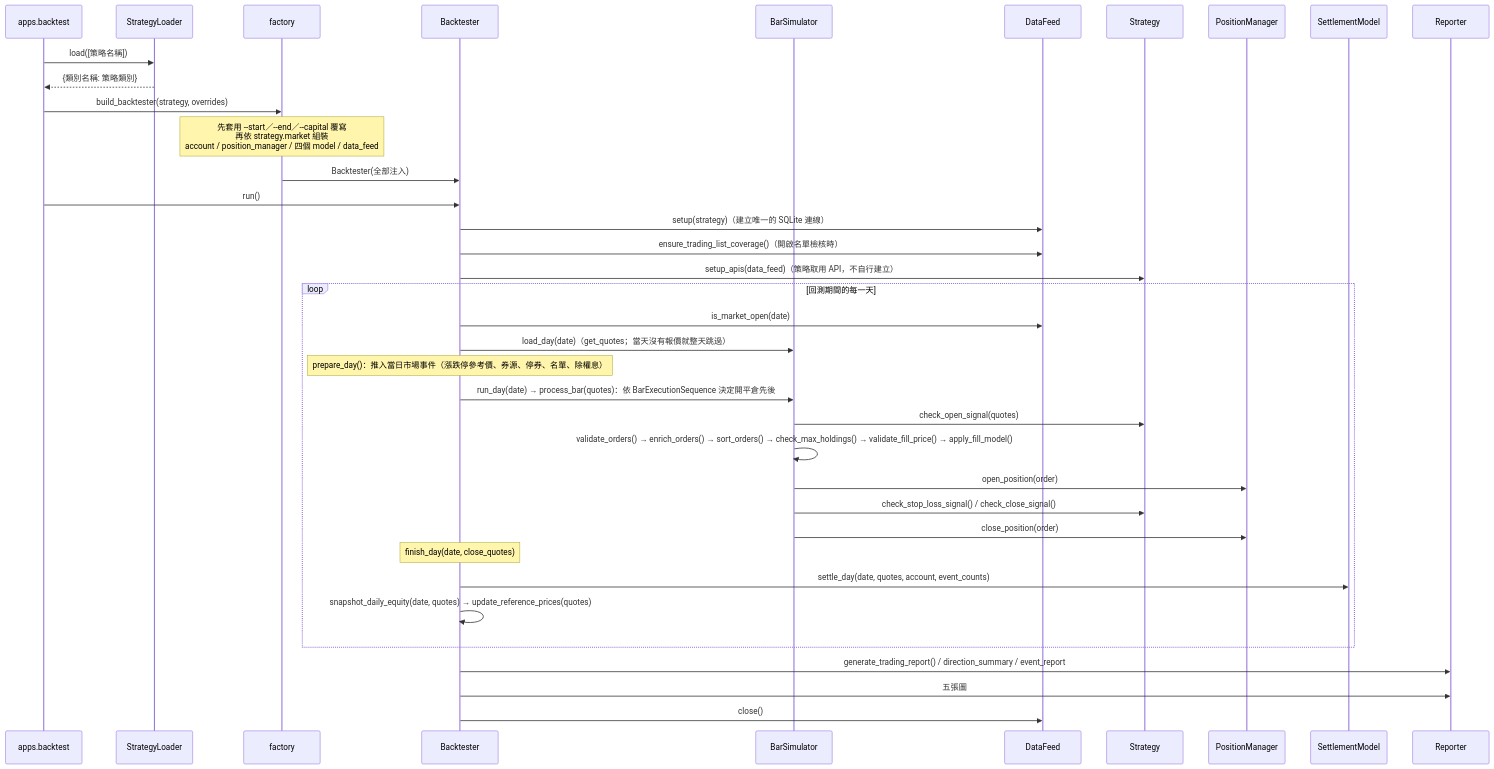
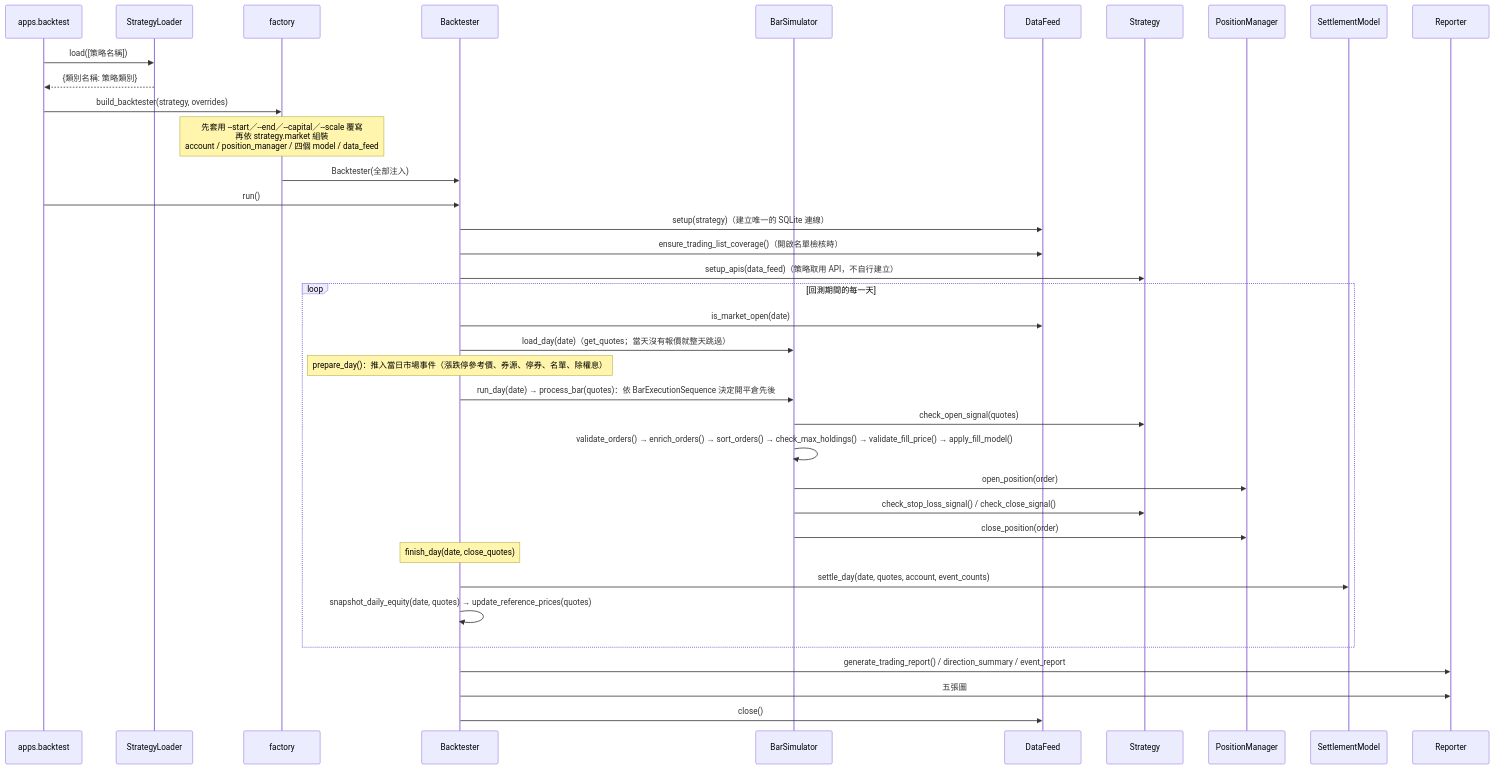
One commit to NYFund/alphaedge changed the diagram in docs/backtest/module-map.md. Above: the diagram before and after it, drawn with Mermaid. The commit also changed other lines of this file and 11 other files, not shown here.

````diff
--- a/docs/backtest/module-map.md
+++ b/docs/backtest/module-map.md
@@ -65,43 +65,43 @@
 ```mermaid
 sequenceDiagram
     participant CLI as apps.backtest
     participant Loader as StrategyLoader
     participant F as factory
     participant BT as Backtester
     participant Sim as BarSimulator
     participant Feed as DataFeed
     participant S as Strategy
     participant PM as PositionManager
     participant SM as SettlementModel
     participant R as Reporter
 
     CLI->>Loader: load([策略名稱])
     Loader-->>CLI: {類別名稱: 策略類別}
     CLI->>F: build_backtester(strategy, overrides)
 
-    Note over F: 先套用 --start／--end／--capital 覆寫<br/>再依 strategy.market 組裝<br/>account / position_manager / 四個 model / data_feed
+    Note over F: 先套用 --start／--end／--capital／--scale 覆寫<br/>再依 strategy.market 組裝<br/>account / position_manager / 四個 model / data_feed
     F->>BT: Backtester(全部注入)
     CLI->>BT: run()
     BT->>Feed: setup(strategy)（建立唯一的 SQLite 連線）
     BT->>Feed: ensure_trading_list_coverage()（開啟名單檢核時）
     BT->>S: setup_apis(data_feed)（策略取用 API，不自行建立）
 
     loop 回測期間的每一天
         BT->>Feed: is_market_open(date)
         BT->>Sim: load_day(date)（get_quotes；當天沒有報價就整天跳過）
         Note over BT: prepare_day()：推入當日市場事件（漲跌停參考價、券源、停券、名單、除權息）
         BT->>Sim: run_day(date) → process_bar(quotes)：依 BarExecutionSequence 決定開平倉先後
         Sim->>S: check_open_signal(quotes)
         Sim->>Sim: validate_orders() → enrich_orders() → sort_orders() → check_max_holdings() → validate_fill_price() → apply_fill_model()
         Sim->>PM: open_position(order)
         Sim->>S: check_stop_loss_signal() / check_close_signal()
         Sim->>PM: close_position(order)
         Note over BT: finish_day(date, close_quotes)
         BT->>SM: settle_day(date, quotes, account, event_counts)
         BT->>BT: snapshot_daily_equity(date, quotes) → update_reference_prices(quotes)
     end
 
     BT->>R: generate_trading_report() / direction_summary / event_report
     BT->>R: 五張圖
     BT->>Feed: close()
 ```
````
